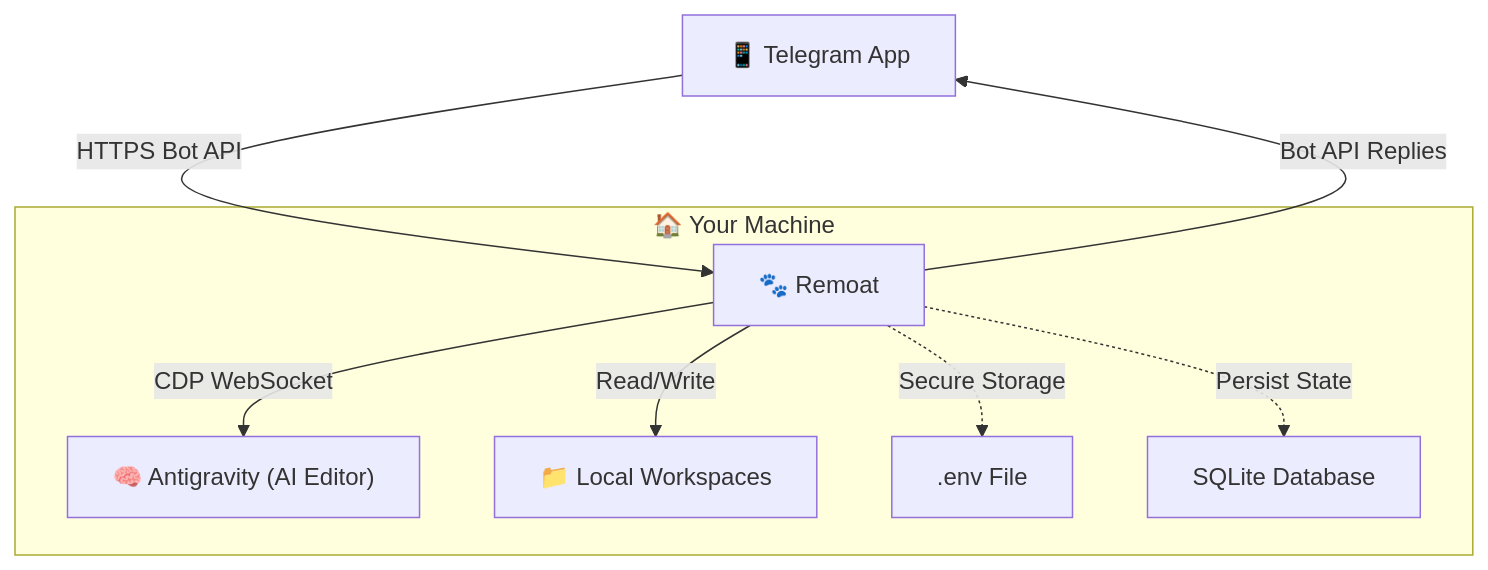
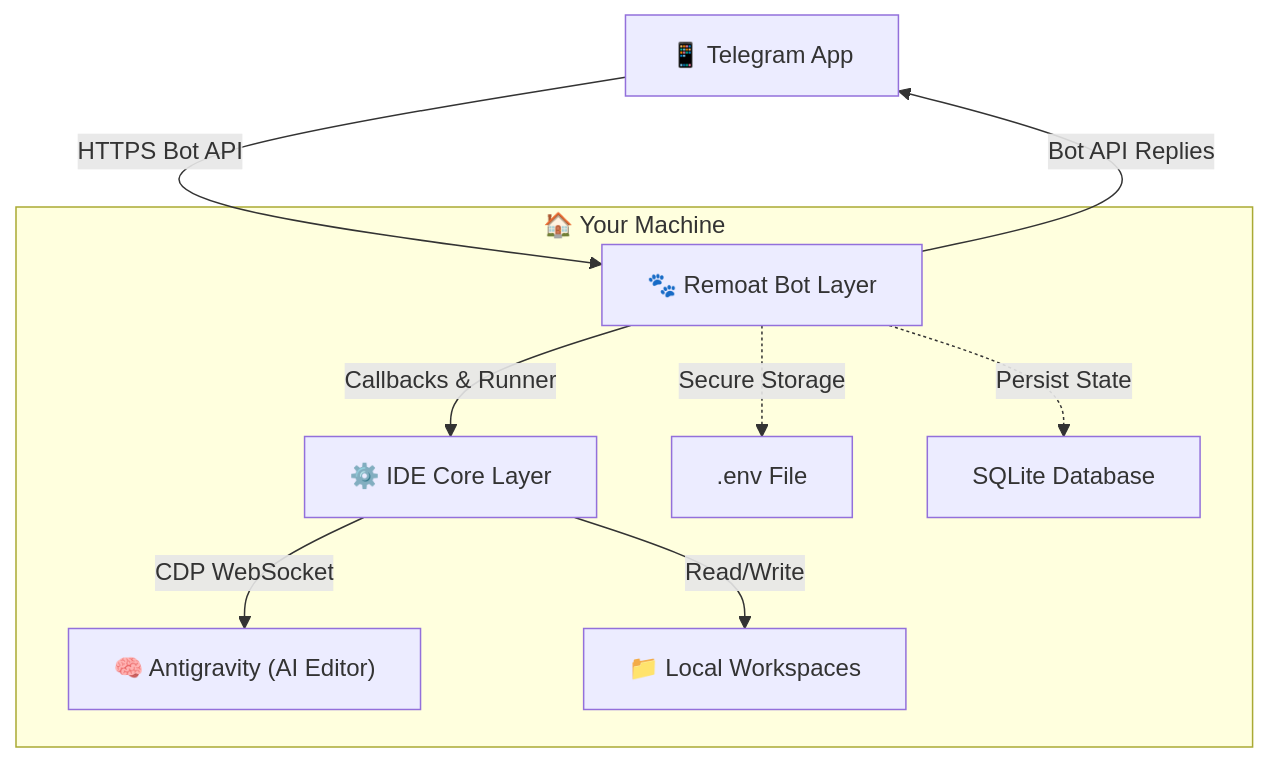
The diagram in docs/ARCHITECTURE.md (MaximXR/antigravity-remote-bot), drawn with Mermaid before and after one commit. The commit also changed other lines of this file and 53 other files, not shown here.

````diff
--- a/docs/ARCHITECTURE.md
+++ b/docs/ARCHITECTURE.md
@@ -6,12 +6,13 @@
 ```mermaid
 graph TD
-    A["📱 Telegram App"] -->|HTTPS Bot API| B["🐾 Remoat"]
+    A["📱 Telegram App"] -->|HTTPS Bot API| B["🐾 Remoat Bot Layer"]
+    B -->|Callbacks & Runner| C["⚙️ IDE Core Layer"]
     B -->|Bot API Replies| A
 
     subgraph Local["🏠 Your Machine"]
-        B -->|CDP WebSocket| C["🧠 Antigravity (AI Editor)"]
-        B -->|Read/Write| D["📁 Local Workspaces"]
-        B -.->|Secure Storage| E[".env File"]
-        B -.->|Persist State| F["SQLite Database"]
+        C -->|CDP WebSocket| D["🧠 Antigravity (AI Editor)"]
+        C -->|Read/Write| E["📁 Local Workspaces"]
+        B -.->|Secure Storage| F[".env File"]
+        B -.->|Persist State| G["SQLite Database"]
     end
 ```
````
